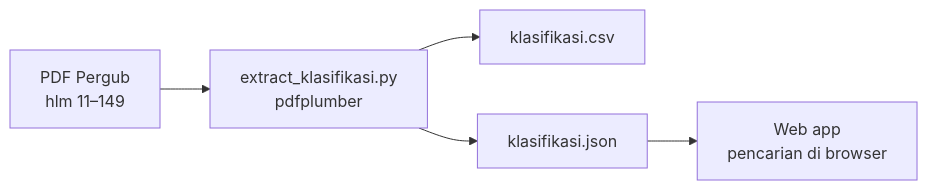
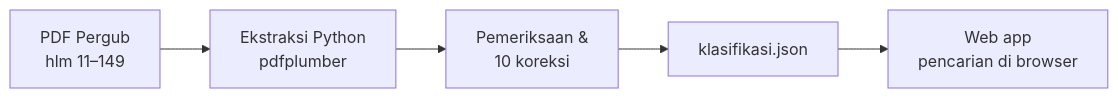
The diagram in README.md (Rajistha/Buku-Saku-Digital-Arsiparis), drawn with Mermaid before and after one commit. The commit also changed other lines of this file and 2 other files, not shown here.

Commit message:
Update README.md: Revise flowchart descriptions, remove outdated data update instructions, and enhance project structure details

````diff
--- a/README.md
+++ b/README.md
@@ -99,7 +98,7 @@
 ```mermaid
 flowchart LR
-    A[PDF Pergub<br/>hlm 11–149] --> B[extract_klasifikasi.py<br/>pdfplumber]
-    B --> C[klasifikasi.csv]
-    B --> D[klasifikasi.json]
+    A[PDF Pergub<br/>hlm 11–149] --> B[Ekstraksi Python<br/>pdfplumber]
+    B --> C[Pemeriksaan &<br/>10 koreksi]
+    C --> D[klasifikasi.json]
     D --> E[Web app<br/>pencarian di browser]
 ```
````
